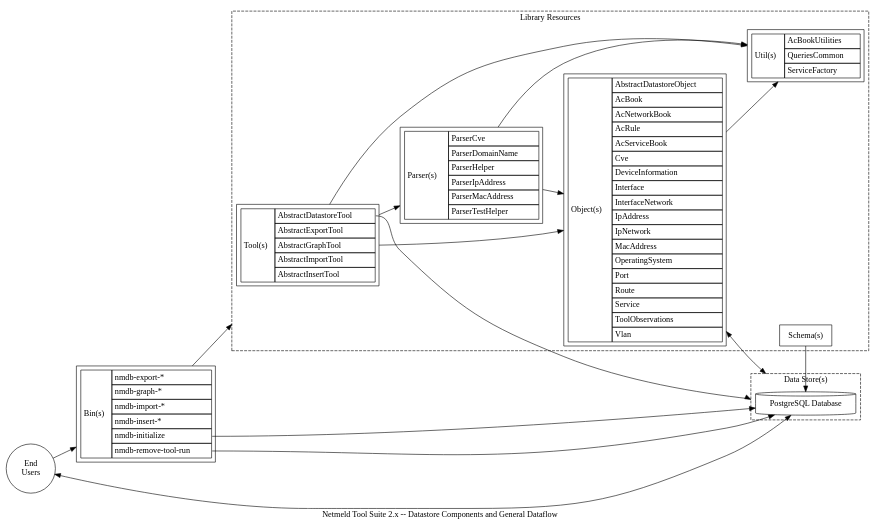
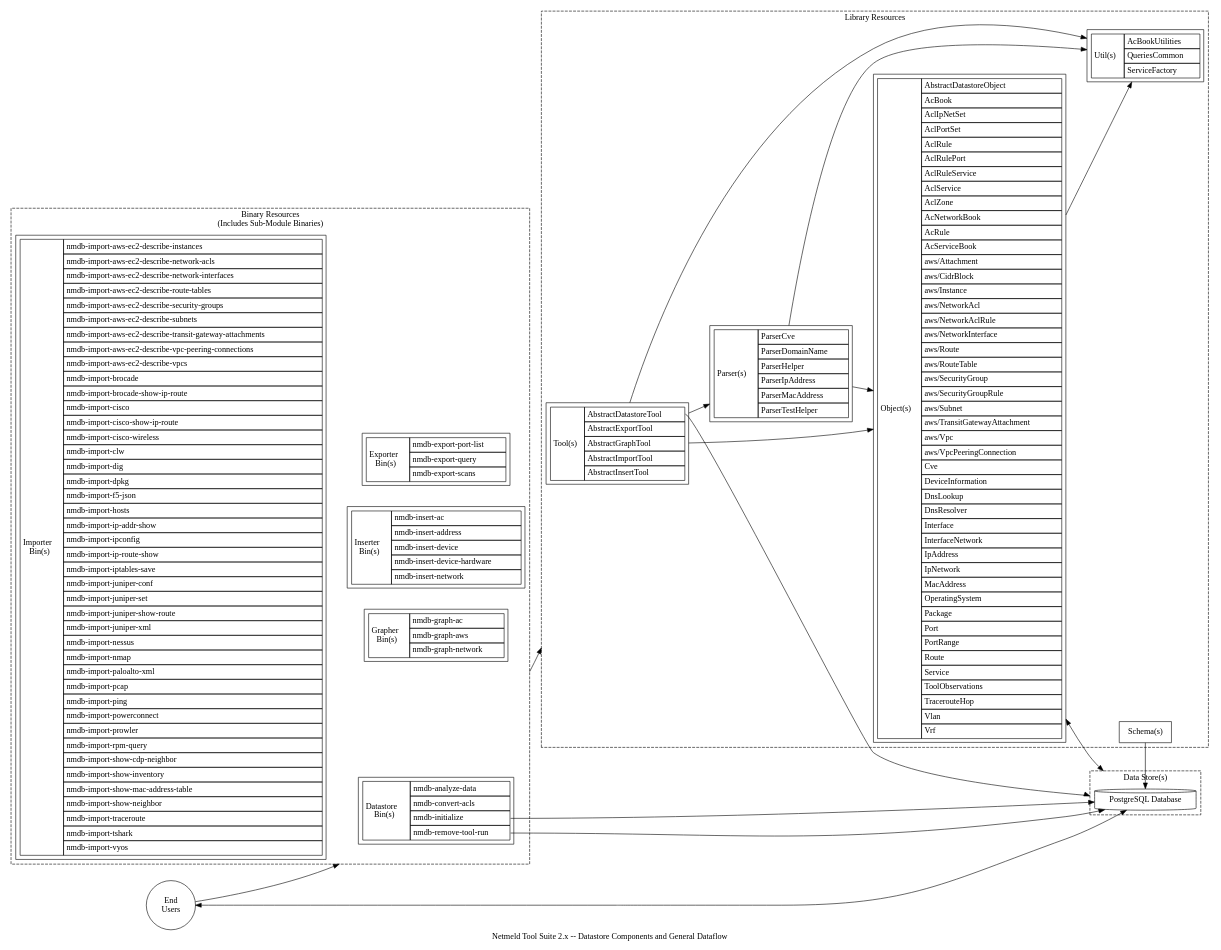
Before and after one commit to netmeld/netmeld: the diagram in datastore/docs/netmeld-datastore.dot, drawn with Graphviz. The commit also changed 57 other files, not shown here.

First line of the commit message:
Updated DB route, DB ACL, and associated tooling logic (#136)

```diff
--- a/datastore/docs/netmeld-datastore.dot
+++ b/datastore/docs/netmeld-datastore.dot
@@ -1,3 +1,29 @@
+// =============================================================================
+// Copyright 2023 National Technology & Engineering Solutions of Sandia, LLC
+// (NTESS). Under the terms of Contract DE-NA0003525 with NTESS, the U.S.
+// Government retains certain rights in this software.
+//
+// Permission is hereby granted, free of charge, to any person obtaining a copy
+// of this software and associated documentation files (the "Software"), to deal
+// in the Software without restriction, including without limitation the rights
+// to use, copy, modify, merge, publish, distribute, sublicense, and/or sell
+// copies of the Software, and to permit persons to whom the Software is
+// furnished to do so, subject to the following conditions:
+//
+// The above copyright notice and this permission notice shall be included in
+// all copies or substantial portions of the Software.
+//
+// THE SOFTWARE IS PROVIDED "AS IS", WITHOUT WARRANTY OF ANY KIND, EXPRESS OR
+// IMPLIED, INCLUDING BUT NOT LIMITED TO THE WARRANTIES OF MERCHANTABILITY,
+// FITNESS FOR A PARTICULAR PURPOSE AND NONINFRINGEMENT. IN NO EVENT SHALL THE
+// AUTHORS OR COPYRIGHT HOLDERS BE LIABLE FOR ANY CLAIM, DAMAGES OR OTHER
+// LIABILITY, WHETHER IN AN ACTION OF CONTRACT, TORT OR OTHERWISE, ARISING FROM,
+// OUT OF OR IN CONNECTION WITH THE SOFTWARE OR THE USE OR OTHER DEALINGS IN THE
+// SOFTWARE.
+// =============================================================================
+// Maintained by Sandia National Laboratories <Netmeld@sandia.gov>
+// =============================================================================
+
 digraph netmeld {
   rankdir=LR;
   nodesep=0.5;
@@ -12,22 +38,95 @@
   node[shape="circle"];
   users [label="End\nUsers"];
 
-  // find . -iname "nmdb-*" -printf '%f\n' | sed -e 's/.cpp//g' | sort -u | sed -e 's/\(.*\)/<tr><td align="left">\1<\/td><\/tr>/g'
 
-  node[shape="rectangle",margin=0.1];
-  bins [label=<
-    <table border="0" cellborder="1" cellspacing="0" cellpadding="4">
-      <tr><td rowspan="7">Bin(s)</td></tr>
-      <tr><td align="left">nmdb-export-*</td></tr>
-      <tr><td align="left">nmdb-graph-*</td></tr>
-      <tr><td align="left">nmdb-import-*</td></tr>
-      <tr><td align="left">nmdb-insert-*</td></tr>
-      <tr><td align="left" port="init">nmdb-initialize</td></tr>
-      <tr><td align="left" port="remove">nmdb-remove-tool-run</td></tr>
-    </table>>];
+  subgraph cluster_bin {
+    label="Binary Resources\n(Includes Sub-Module Binaries)";
+    style="dashed";
+
+    node[shape="rectangle", margin=0.1];
+    bins_ [label=<
+      <table border="0" cellborder="1" cellspacing="0" cellpadding="4">
+        <tr><td rowspan="5">Datastore<br/>Bin(s)</td></tr>
+  <tr><td align="left">nmdb-analyze-data</td></tr>
+<tr><td align="left">nmdb-convert-acls</td></tr>
+<tr><td align="left" port="init">nmdb-initialize</td></tr>
+<tr><td align="left" port="remove">nmdb-remove-tool-run</td></tr>
+      </table>>];
+    bins_exporters [label=<
+      <table border="0" cellborder="1" cellspacing="0" cellpadding="4">
+        <tr><td rowspan="4">Exporter<br/>Bin(s)</td></tr>
+  <tr><td align="left">nmdb-export-port-list</td></tr>
+<tr><td align="left">nmdb-export-query</td></tr>
+<tr><td align="left">nmdb-export-scans</td></tr>
+      </table>>];
+    bins_graphers [label=<
+      <table border="0" cellborder="1" cellspacing="0" cellpadding="4">
+        <tr><td rowspan="4">Grapher<br/>Bin(s)</td></tr>
+  <tr><td align="left">nmdb-graph-ac</td></tr>
+<tr><td align="left">nmdb-graph-aws</td></tr>
+<tr><td align="left">nmdb-graph-network</td></tr>
+      </table>>];
+    bins_importers [label=<
+      <table border="0" cellborder="1" cellspacing="0" cellpadding="4">
+        <tr><td rowspan="43">Importer<br/>Bin(s)</td></tr>
+  <tr><td align="left">nmdb-import-aws-ec2-describe-instances</td></tr>
+<tr><td align="left">nmdb-import-aws-ec2-describe-network-acls</td></tr>
+<tr><td align="left">nmdb-import-aws-ec2-describe-network-interfaces</td></tr>
+<tr><td align="left">nmdb-import-aws-ec2-describe-route-tables</td></tr>
+<tr><td align="left">nmdb-import-aws-ec2-describe-security-groups</td></tr>
+<tr><td align="left">nmdb-import-aws-ec2-describe-subnets</td></tr>
+<tr><td align="left">nmdb-import-aws-ec2-describe-transit-gateway-attachments</td></tr>
+<tr><td align="left">nmdb-import-aws-ec2-describe-vpc-peering-connections</td></tr>
+<tr><td align="left">nmdb-import-aws-ec2-describe-vpcs</td></tr>
+<tr><td align="left">nmdb-import-brocade</td></tr>
+<tr><td align="left">nmdb-import-brocade-show-ip-route</td></tr>
+<tr><td align="left">nmdb-import-cisco</td></tr>
+<tr><td align="left">nmdb-import-cisco-show-ip-route</td></tr>
+<tr><td align="left">nmdb-import-cisco-wireless</td></tr>
+<tr><td align="left">nmdb-import-clw</td></tr>
+<tr><td align="left">nmdb-import-dig</td></tr>
+<tr><td align="left">nmdb-import-dpkg</td></tr>
+<tr><td align="left">nmdb-import-f5-json</td></tr>
+<tr><td align="left">nmdb-import-hosts</td></tr>
+<tr><td align="left">nmdb-import-ip-addr-show</td></tr>
+<tr><td align="left">nmdb-import-ipconfig</td></tr>
+<tr><td align="left">nmdb-import-ip-route-show</td></tr>
+<tr><td align="left">nmdb-import-iptables-save</td></tr>
+<tr><td align="left">nmdb-import-juniper-conf</td></tr>
+<tr><td align="left">nmdb-import-juniper-set</td></tr>
+<tr><td align="left">nmdb-import-juniper-show-route</td></tr>
+<tr><td align="left">nmdb-import-juniper-xml</td></tr>
+<tr><td align="left">nmdb-import-nessus</td></tr>
+<tr><td align="left">nmdb-import-nmap</td></tr>
+<tr><td align="left">nmdb-import-paloalto-xml</td></tr>
+<tr><td align="left">nmdb-import-pcap</td></tr>
+<tr><td align="left">nmdb-import-ping</td></tr>
+<tr><td align="left">nmdb-import-powerconnect</td></tr>
+<tr><td align="left">nmdb-import-prowler</td></tr>
+<tr><td align="left">nmdb-import-rpm-query</td></tr>
+<tr><td align="left">nmdb-import-show-cdp-neighbor</td></tr>
+<tr><td align="left">nmdb-import-show-inventory</td></tr>
+<tr><td align="left">nmdb-import-show-mac-address-table</td></tr>
+<tr><td align="left">nmdb-import-show-neighbor</td></tr>
+<tr><td align="left">nmdb-import-traceroute</td></tr>
+<tr><td align="left">nmdb-import-tshark</td></tr>
+<tr><td align="left">nmdb-import-vyos</td></tr>
+      </table>>];
+    bins_inserters [label=<
+      <table border="0" cellborder="1" cellspacing="0" cellpadding="4">
+        <tr><td rowspan="6">Inserter<br/>Bin(s)</td></tr>
+  <tr><td align="left">nmdb-insert-ac</td></tr>
+<tr><td align="left">nmdb-insert-address</td></tr>
+<tr><td align="left">nmdb-insert-device</td></tr>
+<tr><td align="left">nmdb-insert-device-hardware</td></tr>
+<tr><td align="left">nmdb-insert-network</td></tr>
+      </table>>];
+
+    bins_importers -> {rank=same; bins_ bins_exporters bins_graphers bins_inserters} [style="invis"];
+    {}
+  };
 
 
-  // find common/schemas -iname "*.hpp" -printf '%f\n' | sed -e 's/.hpp//g' | sort -u | sed -e 's/\(.*\)/<tr><td align="left">\1<\/td><\/tr>/g'
 
   subgraph cluster_lib {
     label="Library Resources";
@@ -36,51 +135,78 @@
     node[shape="rectangle",margin=0.1];
     objects [label=<
       <table border="0" cellborder="1" cellspacing="0" cellpadding="4">
-        <tr><td rowspan="19">Object(s)</td></tr>
-        <tr><td align="left">AbstractDatastoreObject</td></tr>
-        <tr><td align="left">AcBook</td></tr>
-        <tr><td align="left">AcNetworkBook</td></tr>
-        <tr><td align="left">AcRule</td></tr>
-        <tr><td align="left">AcServiceBook</td></tr>
-        <tr><td align="left">Cve</td></tr>
-        <tr><td align="left">DeviceInformation</td></tr>
-        <tr><td align="left">Interface</td></tr>
-        <tr><td align="left">InterfaceNetwork</td></tr>
-        <tr><td align="left">IpAddress</td></tr>
-        <tr><td align="left">IpNetwork</td></tr>
-        <tr><td align="left">MacAddress</td></tr>
-        <tr><td align="left">OperatingSystem</td></tr>
-        <tr><td align="left">Port</td></tr>
-        <tr><td align="left">Route</td></tr>
-        <tr><td align="left">Service</td></tr>
-        <tr><td align="left">ToolObservations</td></tr>
-        <tr><td align="left">Vlan</td></tr>
+        <tr><td rowspan="46">Object(s)</td></tr>
+<tr><td align="left">AbstractDatastoreObject</td></tr>
+<tr><td align="left">AcBook</td></tr>
+<tr><td align="left">AclIpNetSet</td></tr>
+<tr><td align="left">AclPortSet</td></tr>
+<tr><td align="left">AclRule</td></tr>
+<tr><td align="left">AclRulePort</td></tr>
+<tr><td align="left">AclRuleService</td></tr>
+<tr><td align="left">AclService</td></tr>
+<tr><td align="left">AclZone</td></tr>
+<tr><td align="left">AcNetworkBook</td></tr>
+<tr><td align="left">AcRule</td></tr>
+<tr><td align="left">AcServiceBook</td></tr>
+<tr><td align="left">aws/Attachment</td></tr>
+<tr><td align="left">aws/CidrBlock</td></tr>
+<tr><td align="left">aws/Instance</td></tr>
+<tr><td align="left">aws/NetworkAcl</td></tr>
+<tr><td align="left">aws/NetworkAclRule</td></tr>
+<tr><td align="left">aws/NetworkInterface</td></tr>
+<tr><td align="left">aws/Route</td></tr>
+<tr><td align="left">aws/RouteTable</td></tr>
+<tr><td align="left">aws/SecurityGroup</td></tr>
+<tr><td align="left">aws/SecurityGroupRule</td></tr>
+<tr><td align="left">aws/Subnet</td></tr>
+<tr><td align="left">aws/TransitGatewayAttachment</td></tr>
+<tr><td align="left">aws/Vpc</td></tr>
+<tr><td align="left">aws/VpcPeeringConnection</td></tr>
+<tr><td align="left">Cve</td></tr>
+<tr><td align="left">DeviceInformation</td></tr>
+<tr><td align="left">DnsLookup</td></tr>
+<tr><td align="left">DnsResolver</td></tr>
+<tr><td align="left">Interface</td></tr>
+<tr><td align="left">InterfaceNetwork</td></tr>
+<tr><td align="left">IpAddress</td></tr>
+<tr><td align="left">IpNetwork</td></tr>
+<tr><td align="left">MacAddress</td></tr>
+<tr><td align="left">OperatingSystem</td></tr>
+<tr><td align="left">Package</td></tr>
+<tr><td align="left">Port</td></tr>
+<tr><td align="left">PortRange</td></tr>
+<tr><td align="left">Route</td></tr>
+<tr><td align="left">Service</td></tr>
+<tr><td align="left">ToolObservations</td></tr>
+<tr><td align="left">TracerouteHop</td></tr>
+<tr><td align="left">Vlan</td></tr>
+<tr><td align="left">Vrf</td></tr>
       </table>>];
     parsers [label=<
       <table border="0" cellborder="1" cellspacing="0" cellpadding="4">
         <tr><td rowspan="7">Parser(s)</td></tr>
-        <tr><td align="left">ParserCve</td></tr>
-        <tr><td align="left">ParserDomainName</td></tr>
-        <tr><td align="left">ParserHelper</td></tr>
-        <tr><td align="left">ParserIpAddress</td></tr>
-        <tr><td align="left">ParserMacAddress</td></tr>
-        <tr><td align="left">ParserTestHelper</td></tr>
+<tr><td align="left">ParserCve</td></tr>
+<tr><td align="left">ParserDomainName</td></tr>
+<tr><td align="left">ParserHelper</td></tr>
+<tr><td align="left">ParserIpAddress</td></tr>
+<tr><td align="left">ParserMacAddress</td></tr>
+<tr><td align="left">ParserTestHelper</td></tr>
       </table>>];
     tools [label=<
       <table border="0" cellborder="1" cellspacing="0" cellpadding="4">
         <tr><td rowspan="6">Tool(s)</td></tr>
-        <tr><td align="left" port="dstool">AbstractDatastoreTool</td></tr>
-        <tr><td align="left">AbstractExportTool</td></tr>
-        <tr><td align="left">AbstractGraphTool</td></tr>
-        <tr><td align="left">AbstractImportTool</td></tr>
-        <tr><td align="left">AbstractInsertTool</td></tr>
+<tr><td align="left" port="dstool">AbstractDatastoreTool</td></tr>
+<tr><td align="left">AbstractExportTool</td></tr>
+<tr><td align="left">AbstractGraphTool</td></tr>
+<tr><td align="left">AbstractImportTool</td></tr>
+<tr><td align="left">AbstractInsertTool</td></tr>
       </table>>];
     utils [label=<
       <table border="0" cellborder="1" cellspacing="0" cellpadding="4">
         <tr><td rowspan="4">Util(s)</td></tr>
-        <tr><td align="left">AcBookUtilities</td></tr>
-        <tr><td align="left">QueriesCommon</td></tr>
-        <tr><td align="left">ServiceFactory</td></tr>
+<tr><td align="left">AcBookUtilities</td></tr>
+<tr><td align="left">QueriesCommon</td></tr>
+<tr><td align="left">ServiceFactory</td></tr>
       </table>>];
 
     schemas [label="Schema(s)"];
@@ -97,13 +223,13 @@
 
   {rank=same; schemas psqldb};
 
-  users->bins;
+  users->bins_ [lhead="cluster_bin"];
   users->psqldb [dir="both"];
   schemas->psqldb;
   objects->psqldb [dir="both", lhead="cluster_datastore"];
-  bins->tools [lhead="cluster_lib"];
-  bins:init->psqldb;
-  bins:remove->psqldb;
+  bins_->tools [ltail="cluster_bin", lhead="cluster_lib"];
+  bins_:init->psqldb;
+  bins_:remove->psqldb;
   tools->{parsers objects utils};
   tools:dstool->psqldb [lhead="cluster_datastore"];
   parsers->{objects utils};
```
